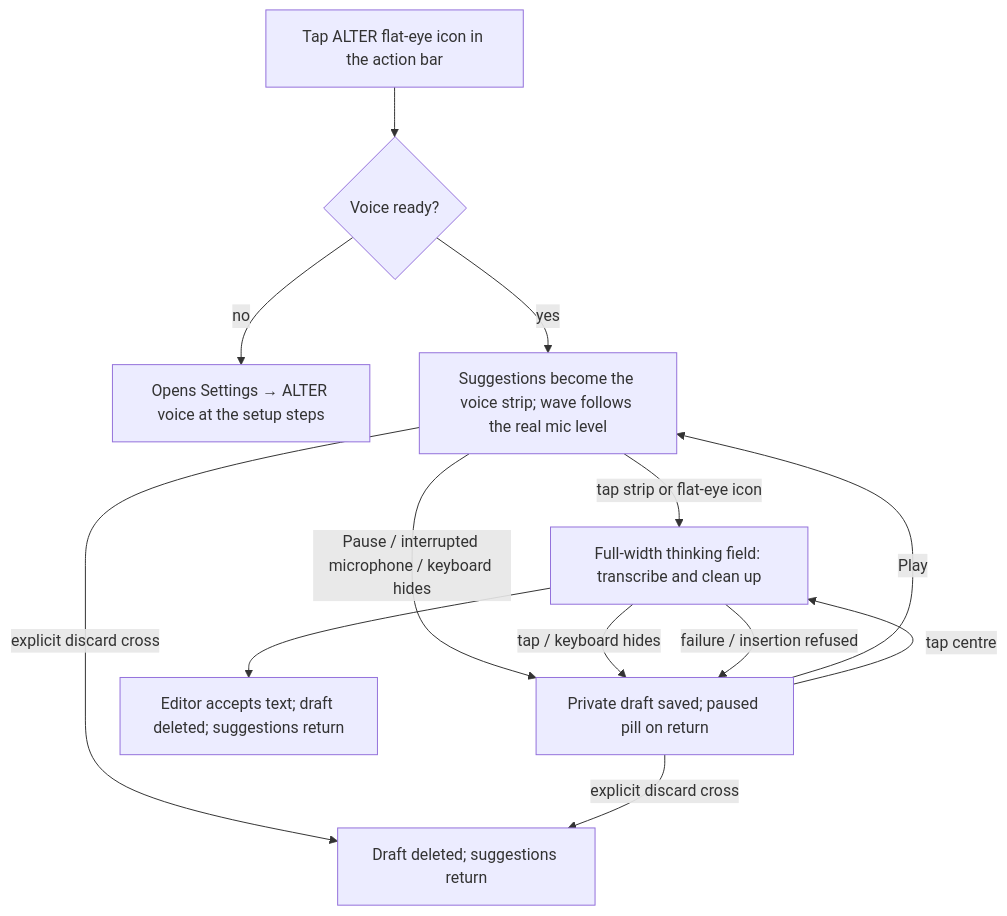
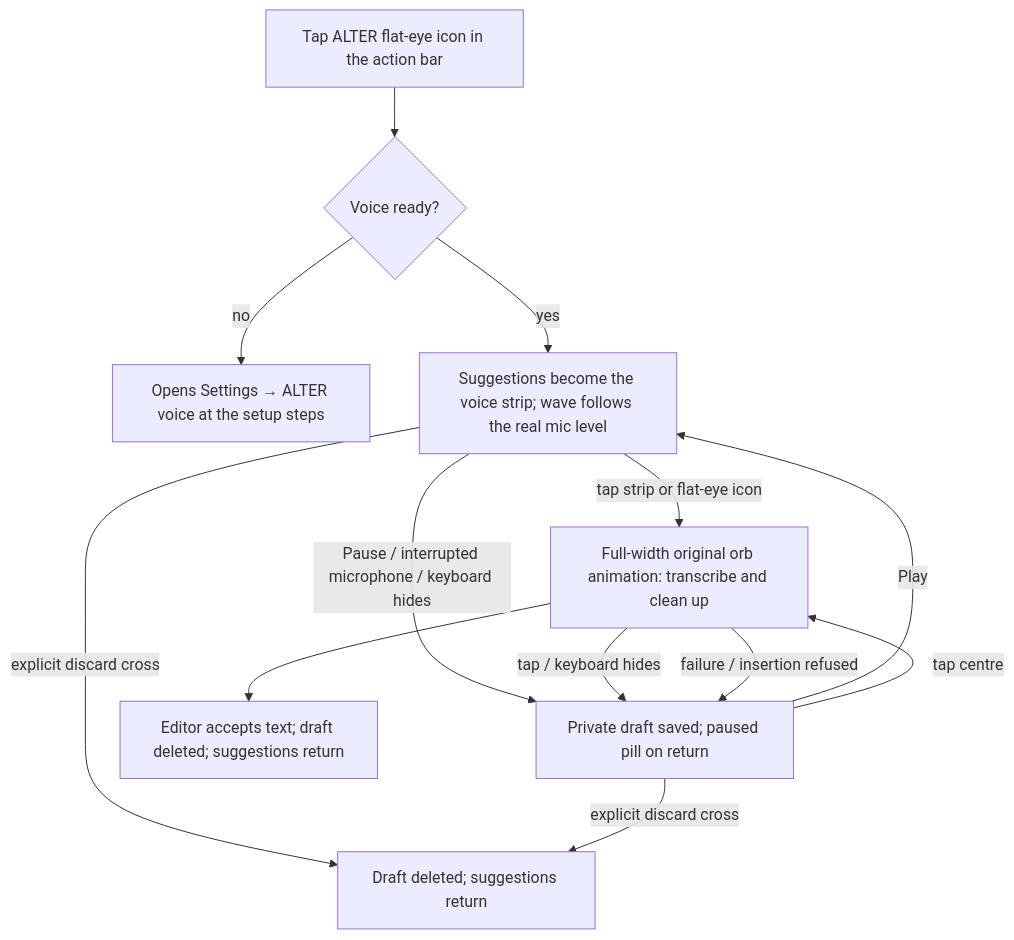
One commit to hardikk-gupta/alter-keyboard changed the second of 3 diagrams in docs/SITEMAP.md. Above: the diagram before and after it, drawn with Mermaid. The commit also changed other lines of this file and 12 other files, not shown here.

````diff
--- a/docs/SITEMAP.md
+++ b/docs/SITEMAP.md
@@ -75,15 +75,15 @@
 ```mermaid
 flowchart TD
     A[Tap ALTER flat-eye icon in the action bar] --> B{Voice ready?}
     B -- no --> S[Opens Settings → ALTER voice at the setup steps]
     B -- yes --> C[Suggestions become the voice strip; wave follows the real mic level]
-    C -- tap strip or flat-eye icon --> D[Full-width thinking field: transcribe and clean up]
+    C -- tap strip or flat-eye icon --> D[Full-width original orb animation: transcribe and clean up]
     C -- Pause / interrupted microphone / keyboard hides --> P[Private draft saved; paused pill on return]
     P -- Play --> C
     P -- tap centre --> D
     C -- explicit discard cross --> X[Draft deleted; suggestions return]
     P -- explicit discard cross --> X
     D -- tap / keyboard hides --> P
     D --> E[Editor accepts text; draft deleted; suggestions return]
     D -- failure / insertion refused --> P
 ```
````
